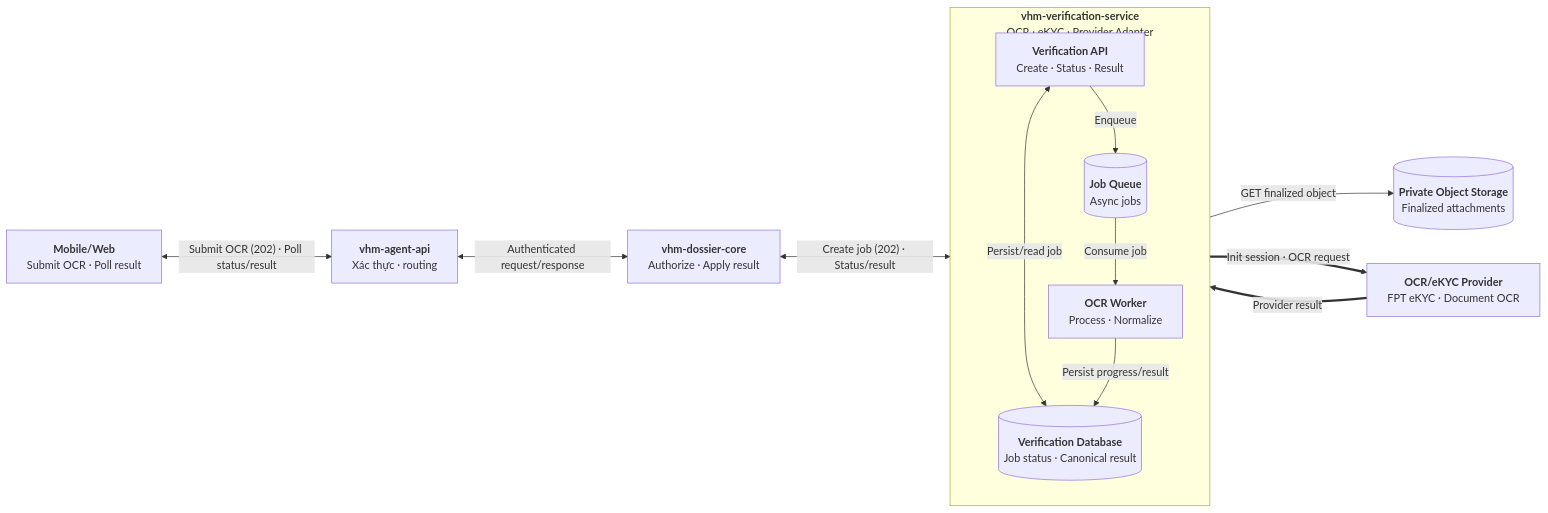
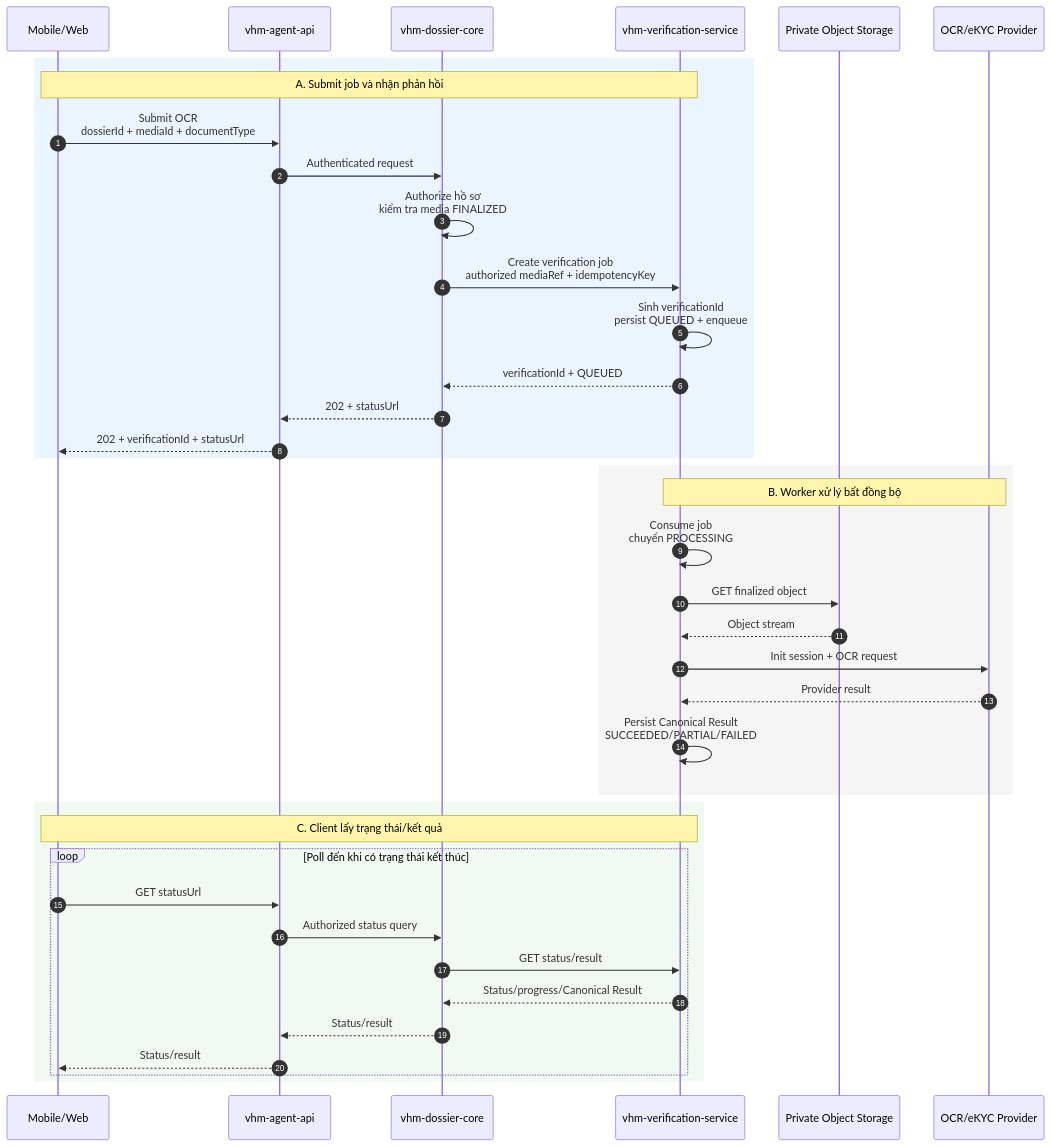
One commit to huynv-xyz/vhm changed the second of 10 diagrams in noxh.md. Above: the diagram before and after it, drawn with Mermaid.

````diff
--- a/noxh.md
+++ b/noxh.md
@@ -175,40 +175,44 @@
 ```mermaid
-flowchart LR
-    CLIENT["`**Mobile/Web**
-Submit OCR · Poll result`"]
-    BFF["`**vhm-agent-api**
-Xác thực · routing`"]
-    DOSSIER["`**vhm-dossier-core**
-Authorize · Apply result`"]
+sequenceDiagram
+    autonumber
+    participant CLIENT as Mobile/Web
+    participant BFF as vhm-agent-api
+    participant DOSSIER as vhm-dossier-core
+    participant VERIFY as vhm-verification-service
+    participant MEDIA as Private Object Storage
+    participant PROVIDER as OCR/eKYC Provider
 
-    subgraph VERIFY["`**vhm-verification-service**
-OCR · eKYC · Provider Adapter`"]
-        direction TB
-        API["`**Verification API**
-Create · Status · Result`"]
-        QUEUE[("`**Job Queue**
-Async jobs`")]
-        WORKER["`**OCR Worker**
-Process · Normalize`"]
-        DB[("`**Verification Database**
-Job status · Canonical result`")]
-
-        API <-->|"Persist/read job"| DB
-        API -->|"Enqueue"| QUEUE
-        QUEUE -->|"Consume job"| WORKER
-        WORKER -->|"Persist progress/result"| DB
+    rect rgb(235, 245, 255)
+        Note over CLIENT,VERIFY: A. Submit job và nhận phản hồi
+        CLIENT->>BFF: Submit OCR<br/>dossierId + mediaId + documentType
+        BFF->>DOSSIER: Authenticated request
+        DOSSIER->>DOSSIER: Authorize hồ sơ<br/>kiểm tra media FINALIZED
+        DOSSIER->>VERIFY: Create verification job<br/>authorized mediaRef + idempotencyKey
+        VERIFY->>VERIFY: Sinh verificationId<br/>persist QUEUED + enqueue
+        VERIFY-->>DOSSIER: verificationId + QUEUED
+        DOSSIER-->>BFF: 202 + statusUrl
+        BFF-->>CLIENT: 202 + verificationId + statusUrl
     end
 
-    MEDIA[("`**Private Object Storage**
-Finalized attachments`")]
-    PROVIDER["`**OCR/eKYC Provider**
-FPT eKYC · Document OCR`"]
+    rect rgb(245, 245, 245)
+        Note over VERIFY,PROVIDER: B. Worker xử lý bất đồng bộ
+        VERIFY->>VERIFY: Consume job<br/>chuyển PROCESSING
+        VERIFY->>MEDIA: GET finalized object
+        MEDIA-->>VERIFY: Object stream
+        VERIFY->>PROVIDER: Init session + OCR request
+        PROVIDER-->>VERIFY: Provider result
+        VERIFY->>VERIFY: Persist Canonical Result<br/>SUCCEEDED/PARTIAL/FAILED
+    end
 
-    CLIENT <-->|"Submit OCR (202) · Poll status/result"| BFF
-    BFF <-->|"Authenticated request/response"| DOSSIER
-    DOSSIER <-->|"Create job (202) · Status/result"| API
-
-    WORKER -->|"GET finalized object"| MEDIA
-    WORKER ==>|"Init session · OCR request"| PROVIDER
-    PROVIDER ==>|"Provider result"| WORKER
+    rect rgb(240, 250, 240)
+        Note over CLIENT,VERIFY: C. Client lấy trạng thái/kết quả
+        loop Poll đến khi có trạng thái kết thúc
+            CLIENT->>BFF: GET statusUrl
+            BFF->>DOSSIER: Authorized status query
+            DOSSIER->>VERIFY: GET status/result
+            VERIFY-->>DOSSIER: Status/progress/Canonical Result
+            DOSSIER-->>BFF: Status/result
+            BFF-->>CLIENT: Status/result
+        end
+    end
 ```
````
